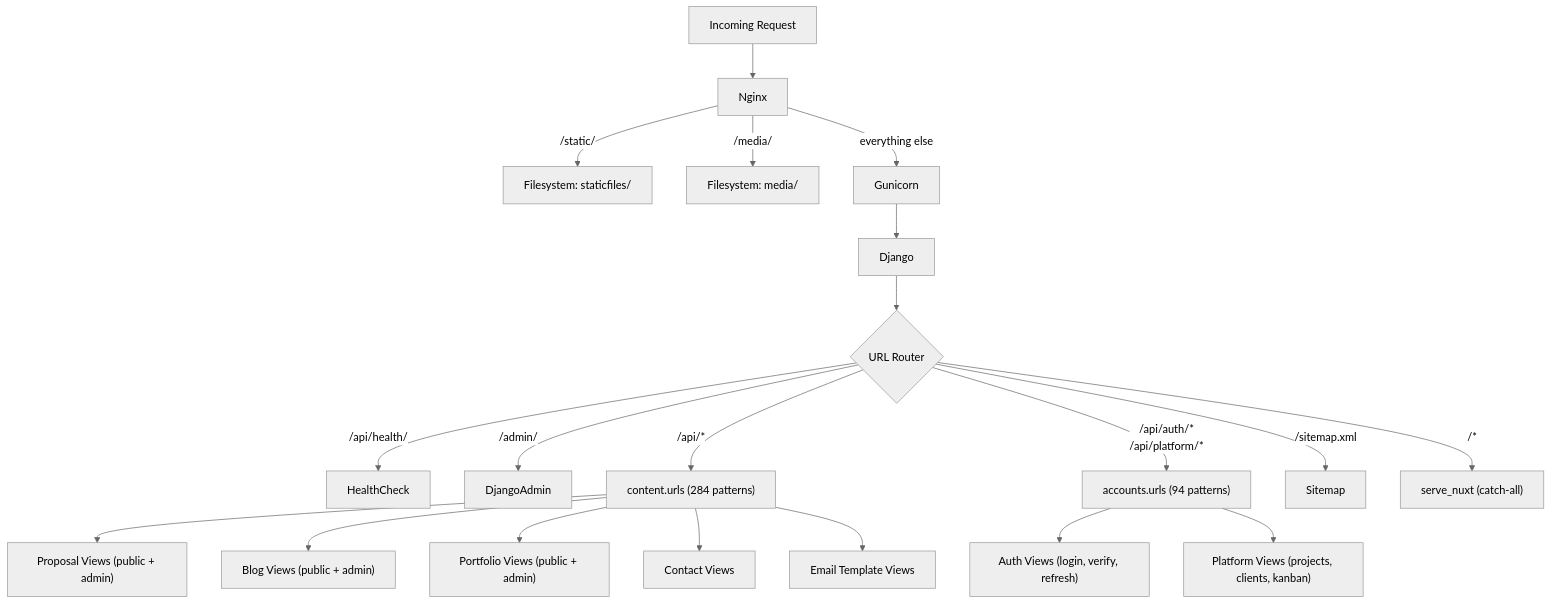
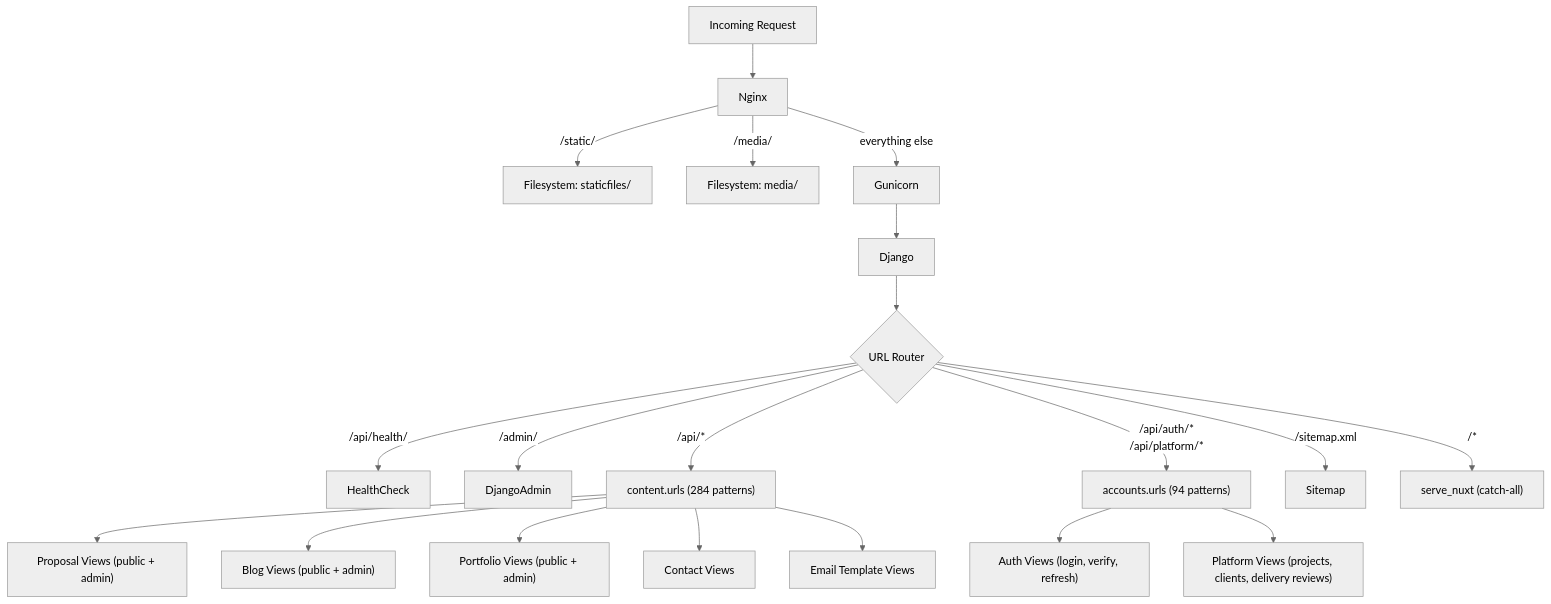
One commit to WeAreProjectApp/projectapp changed the third of 23 diagrams in docs/methodology/architecture.md. Above: the diagram before and after it, drawn with Mermaid (neutral theme). The commit also changed other lines of this file and 167 other files, not shown here.

````diff
--- a/docs/methodology/architecture.md
+++ b/docs/methodology/architecture.md
@@ -534,28 +544,28 @@
 ```mermaid
 flowchart TD
     Request[Incoming Request] --> Nginx
 
     Nginx -->|/static/| FS1[Filesystem: staticfiles/]
     Nginx -->|/media/| FS2[Filesystem: media/]
     Nginx -->|everything else| Gunicorn
 
     Gunicorn --> Django
     Django --> URLRouter{URL Router}
 
     URLRouter -->|/api/health/| HealthCheck
     URLRouter -->|/admin/| DjangoAdmin
 
     URLRouter -->|/api/*| ContentURLs["content.urls (284 patterns)"]
     URLRouter -->|/api/auth/*<br>/api/platform/*| AccountsURLs["accounts.urls (94 patterns)"]
     URLRouter -->|/sitemap.xml| Sitemap
     URLRouter -->|/*| ServeNuxt["serve_nuxt (catch-all)"]
 
     AccountsURLs --> AuthViews["Auth Views (login, verify, refresh)"]
-    AccountsURLs --> PlatformViews["Platform Views (projects, clients, kanban)"]
+    AccountsURLs --> PlatformViews["Platform Views (projects, clients, delivery reviews)"]
 
     ContentURLs --> ProposalViews["Proposal Views (public + admin)"]
     ContentURLs --> BlogViews["Blog Views (public + admin)"]
     ContentURLs --> PortfolioViews["Portfolio Views (public + admin)"]
     ContentURLs --> ContactViews["Contact Views"]
     ContentURLs --> EmailTemplateViews["Email Template Views"]
 ```
````
